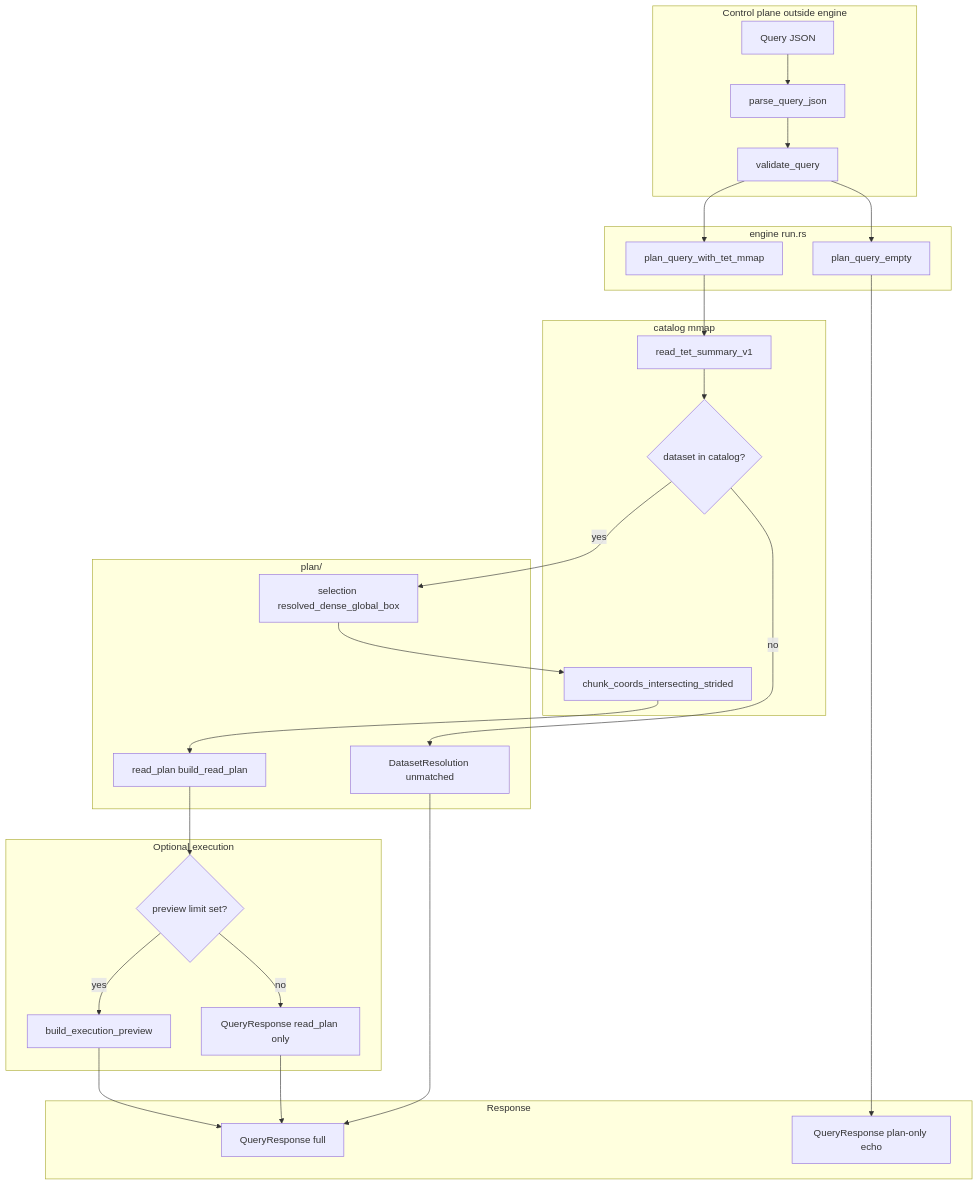
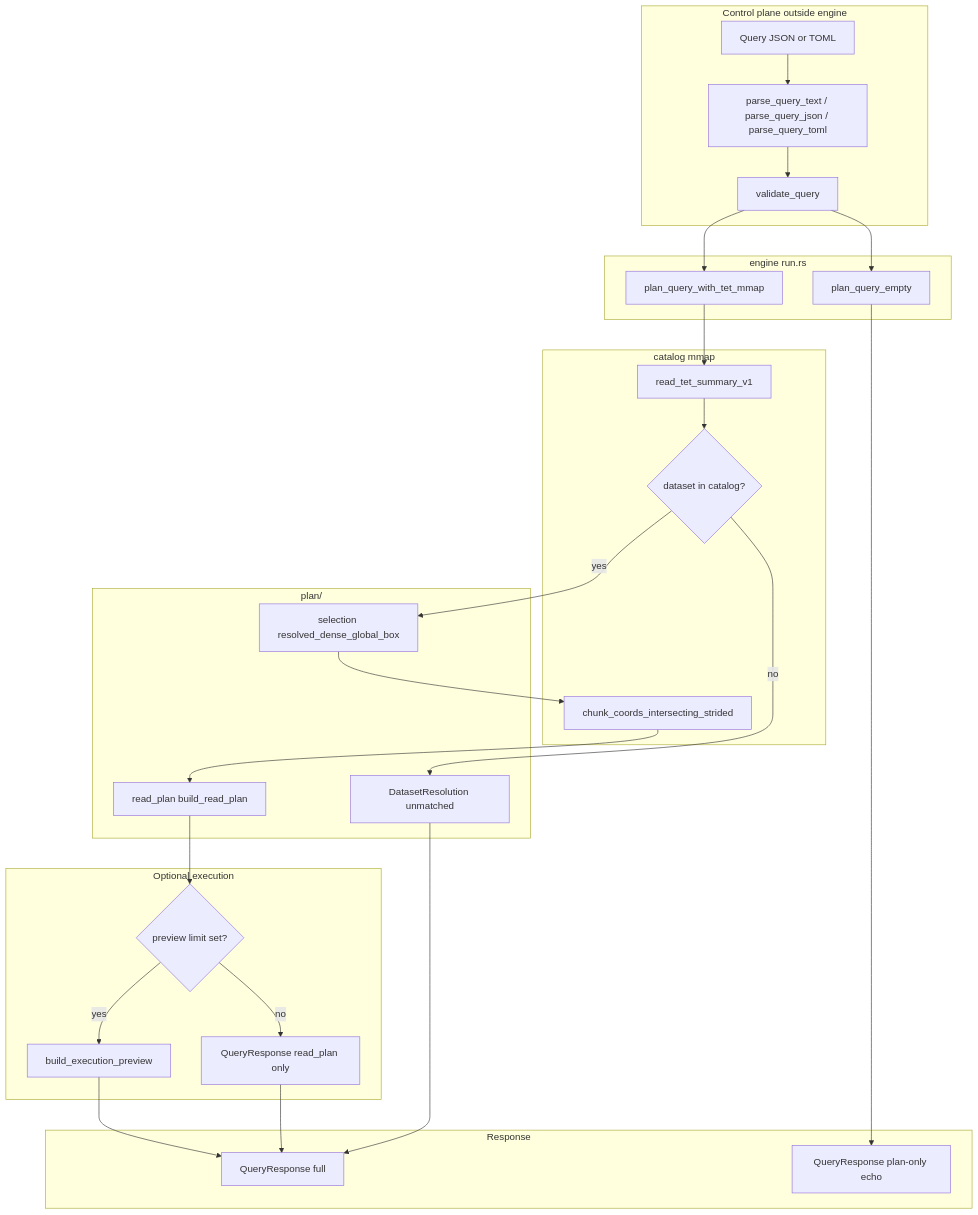
The first of 3 diagrams in docs/query_engine.md (thicclatka/tetration), drawn with Mermaid before and after one commit. The commit also changed other lines of this file and 14 other files, not shown here.

First line of the commit message:
feat(query): accept TOML query profiles alongside JSON

````diff
--- a/docs/query_engine.md
+++ b/docs/query_engine.md
@@ -11,46 +11,46 @@
 ```mermaid
 flowchart TD
     subgraph control["Control plane outside engine"]
-        JSON["Query JSON"]
-        Parse["parse_query_json"]
+        In["Query JSON or TOML"]
+        Parse["parse_query_text / parse_query_json / parse_query_toml"]
         Validate["validate_query"]
-        JSON --> Parse --> Validate
+        In --> Parse --> Validate
     end
 
     subgraph entry["engine run.rs"]
         PQ["plan_query_empty"]
         PQM["plan_query_with_tet_mmap"]
         Validate --> PQ
         Validate --> PQM
     end
 
     subgraph catalog_mmap["catalog mmap"]
         Summary["read_tet_summary_v1"]
         Match{"dataset in catalog?"}
         Chunks["chunk_coords_intersecting_strided"]
     end
 
     subgraph planning["plan/"]
         Sel["selection resolved_dense_global_box"]
         RP["read_plan build_read_plan"]
         PQM --> Summary --> Match
         Match -->|no| Unmatched["DatasetResolution unmatched"]
         Match -->|yes| Sel --> Chunks --> RP
     end
 
     subgraph exec["Optional execution"]
         Gate{"preview limit set?"}
         BEP["build_execution_preview"]
         RP --> Gate
         Gate -->|no| RespPlan["QueryResponse read_plan only"]
         Gate -->|yes| BEP
     end
 
     subgraph out["Response"]
         RespFull["QueryResponse full"]
         Unmatched --> RespFull
         RespPlan --> RespFull
         BEP --> RespFull
         PQ --> Echo["QueryResponse plan-only echo"]
     end
 ```
````
